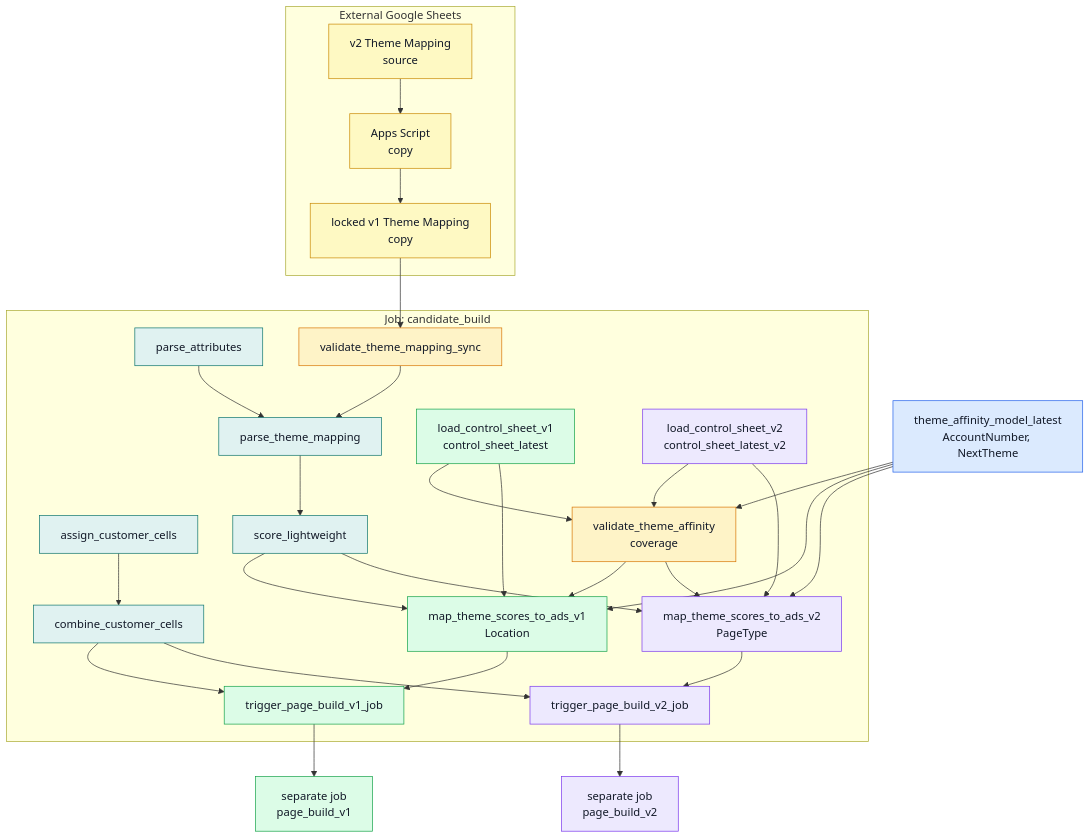
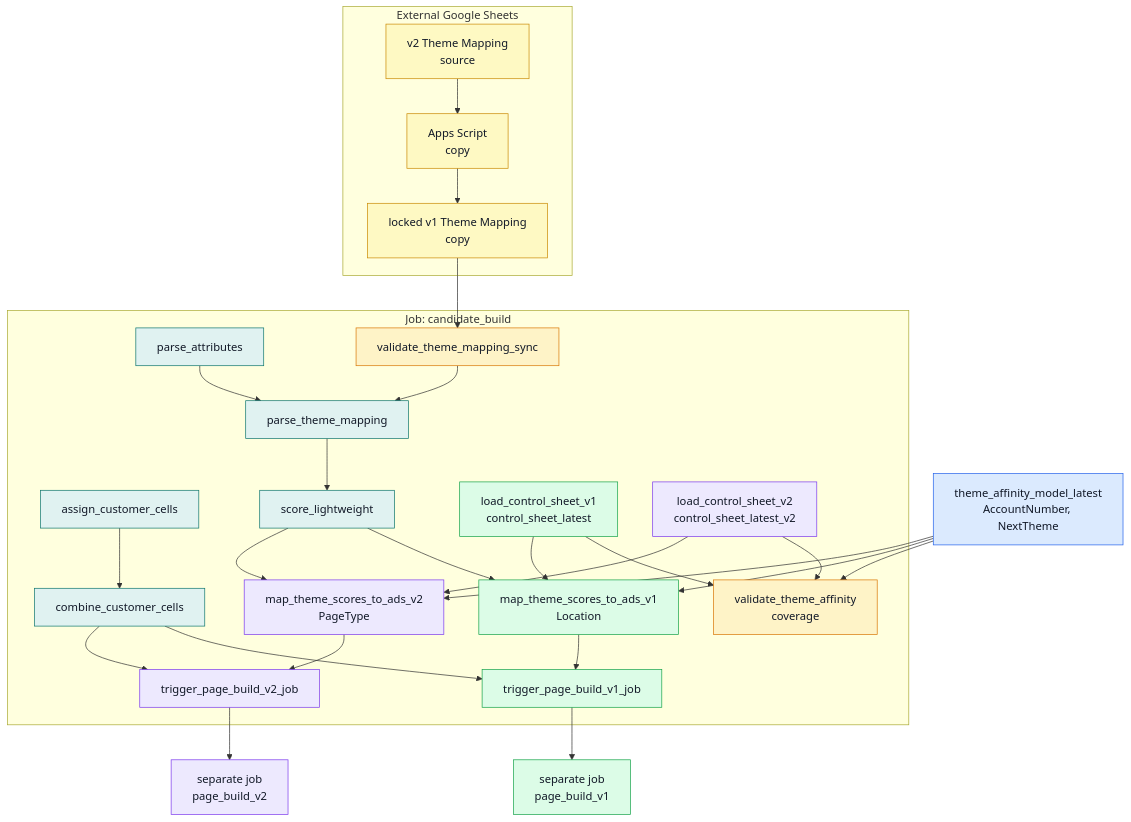
The second of 8 diagrams in docs/CICD/nextads_databricks_runtime_map.md (swblain-glyndwr/personal_project), drawn with Mermaid before and after one commit. The commit also changed other lines of this file and 3 other files, not shown here.

Commit message:
Hotfix: decouple theme coverage validation from route mapping

````diff
--- a/docs/CICD/nextads_databricks_runtime_map.md
+++ b/docs/CICD/nextads_databricks_runtime_map.md
@@ -72,56 +72,54 @@
 ```mermaid
 flowchart TD
   classDef sharedModel fill:#dbeafe,stroke:#2563eb,color:#111827
   classDef sharedTask fill:#e0f2f1,stroke:#0f766e,color:#111827
   classDef v1 fill:#dcfce7,stroke:#16a34a,color:#111827
   classDef v2 fill:#ede9fe,stroke:#7c3aed,color:#111827
   classDef guardrail fill:#fef3c7,stroke:#d97706,color:#111827
   classDef external fill:#fef9c3,stroke:#ca8a04,color:#111827
 
   subgraph SHEETS["External Google Sheets"]
     v2_theme_mapping["v2 Theme Mapping<br/>source"]:::external
     app_script["Apps Script<br/>copy"]:::external
     v1_theme_mapping["locked v1 Theme Mapping<br/>copy"]:::external
     v2_theme_mapping --> app_script --> v1_theme_mapping
   end
 
   theme_affinity_latest["theme_affinity_model_latest<br/>AccountNumber, NextTheme"]:::sharedModel
 
   subgraph CANDIDATE_JOB["Job: candidate_build"]
     assign_customer_cells["assign_customer_cells"]:::sharedTask
     combine_customer_cells["combine_customer_cells"]:::sharedTask
     parse_attributes["parse_attributes"]:::sharedTask
     validate_theme_mapping_sync["validate_theme_mapping_sync"]:::guardrail
     parse_theme_mapping["parse_theme_mapping"]:::sharedTask
     score_lightweight["score_lightweight"]:::sharedTask
     load_control_sheet_v1["load_control_sheet_v1<br/>control_sheet_latest"]:::v1
     load_control_sheet_v2["load_control_sheet_v2<br/>control_sheet_latest_v2"]:::v2
     validate_theme_affinity_theme_coverage["validate_theme_affinity<br/>coverage"]:::guardrail
     map_theme_scores_to_ads_v1["map_theme_scores_to_ads_v1<br/>Location"]:::v1
     map_theme_scores_to_ads_v2["map_theme_scores_to_ads_v2<br/>PageType"]:::v2
     trigger_page_build_v1_job["trigger_page_build_v1_job"]:::v1
     trigger_page_build_v2_job["trigger_page_build_v2_job"]:::v2
   end
 
   assign_customer_cells --> combine_customer_cells
   v1_theme_mapping --> validate_theme_mapping_sync
   validate_theme_mapping_sync --> parse_theme_mapping
   parse_attributes --> parse_theme_mapping --> score_lightweight
   load_control_sheet_v1 --> validate_theme_affinity_theme_coverage
   load_control_sheet_v2 --> validate_theme_affinity_theme_coverage
   theme_affinity_latest --> validate_theme_affinity_theme_coverage
   load_control_sheet_v1 --> map_theme_scores_to_ads_v1
-  validate_theme_affinity_theme_coverage --> map_theme_scores_to_ads_v1
   theme_affinity_latest --> map_theme_scores_to_ads_v1
   score_lightweight --> map_theme_scores_to_ads_v1
   load_control_sheet_v2 --> map_theme_scores_to_ads_v2
-  validate_theme_affinity_theme_coverage --> map_theme_scores_to_ads_v2
   theme_affinity_latest --> map_theme_scores_to_ads_v2
   score_lightweight --> map_theme_scores_to_ads_v2
   combine_customer_cells --> trigger_page_build_v1_job
   map_theme_scores_to_ads_v1 --> trigger_page_build_v1_job
   combine_customer_cells --> trigger_page_build_v2_job
   map_theme_scores_to_ads_v2 --> trigger_page_build_v2_job
   trigger_page_build_v1_job --> page_build["separate job<br/>page_build_v1"]:::v1
   trigger_page_build_v2_job --> page_build_v2["separate job<br/>page_build_v2"]:::v2
 ```
````
